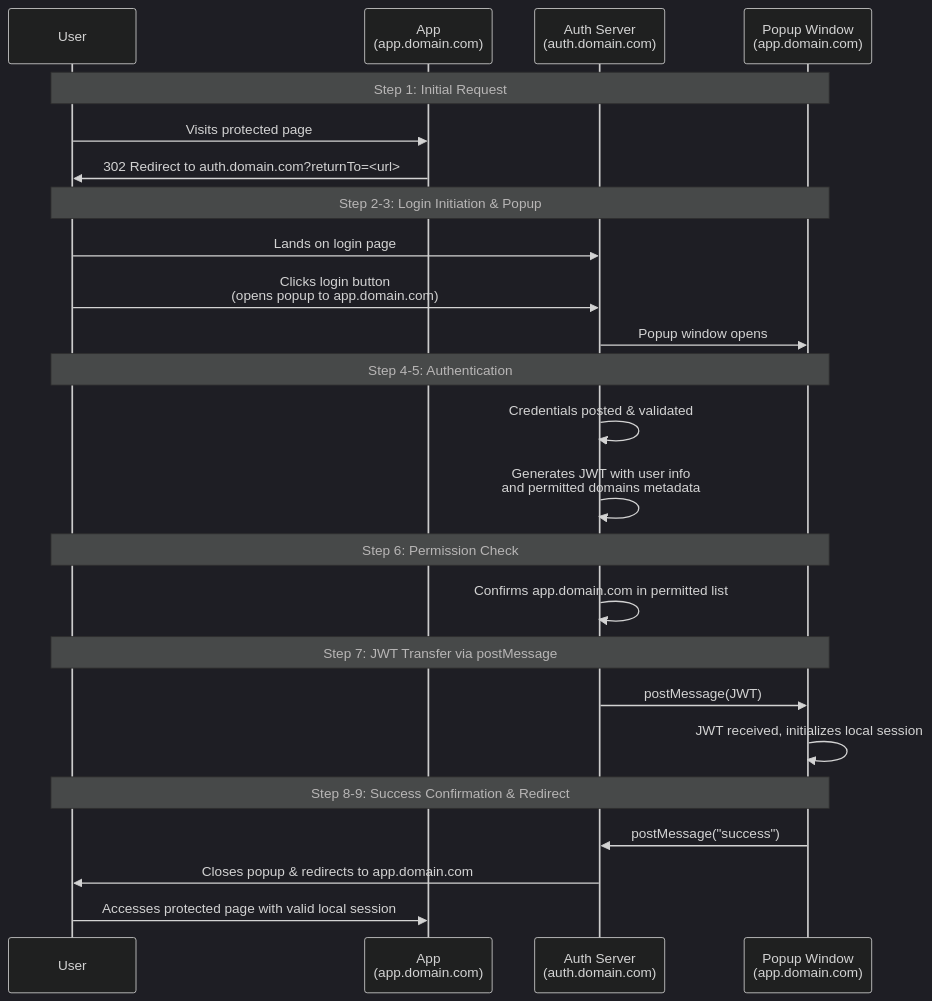
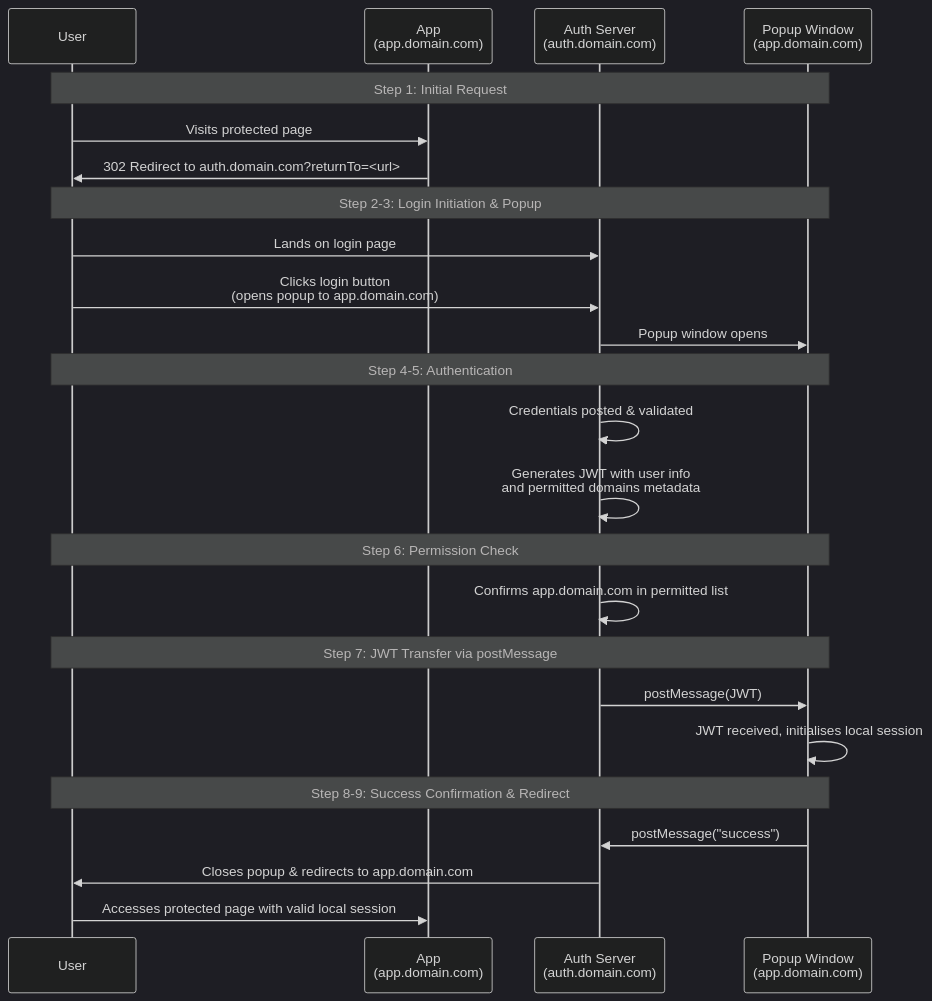
Before and after one commit to kevin-foster-uk/kevin-foster-uk.github.io: the diagram in content/posts/auth-multi-domain/index.md, drawn with Mermaid (dark theme). The commit also changed other lines of this file and 25 other files, not shown here.

````diff
--- a/content/posts/auth-multi-domain/index.md
+++ b/content/posts/auth-multi-domain/index.md
@@ -43,32 +43,32 @@
 ```mermaid
 sequenceDiagram
   participant U as User
   participant A as App<br/> (app.domain.com)
   participant Auth as Auth Server<br/> (auth.domain.com)
   participant P as Popup Window<br/> (app.domain.com)
 
   Note over U, P: Step 1: Initial Request
   U->>A: Visits protected page
   A->>U: 302 Redirect to auth.domain.com?returnTo=<url>
 
   Note over U, P: Step 2-3: Login Initiation & Popup
   U->>Auth: Lands on login page
   U->>Auth: Clicks login button<br/>(opens popup to app.domain.com)
   Auth->>P: Popup window opens
 
   Note over U, P: Step 4-5: Authentication
   Auth->>Auth: Credentials posted & validated
   Auth->>Auth: Generates JWT with user info<br/>and permitted domains metadata
 
   Note over U, P: Step 6: Permission Check
   Auth->>Auth: Confirms app.domain.com in permitted list
 
   Note over U, P: Step 7: JWT Transfer via postMessage
   Auth->>P: postMessage(JWT)
-  P->>P: JWT received, initializes local session
+  P->>P: JWT received, initialises local session
 
   Note over U, P: Step 8-9: Success Confirmation & Redirect
   P->>Auth: postMessage("success")
   Auth->>U: Closes popup & redirects to app.domain.com
   U->>A: Accesses protected page with valid local session
 ```
````
